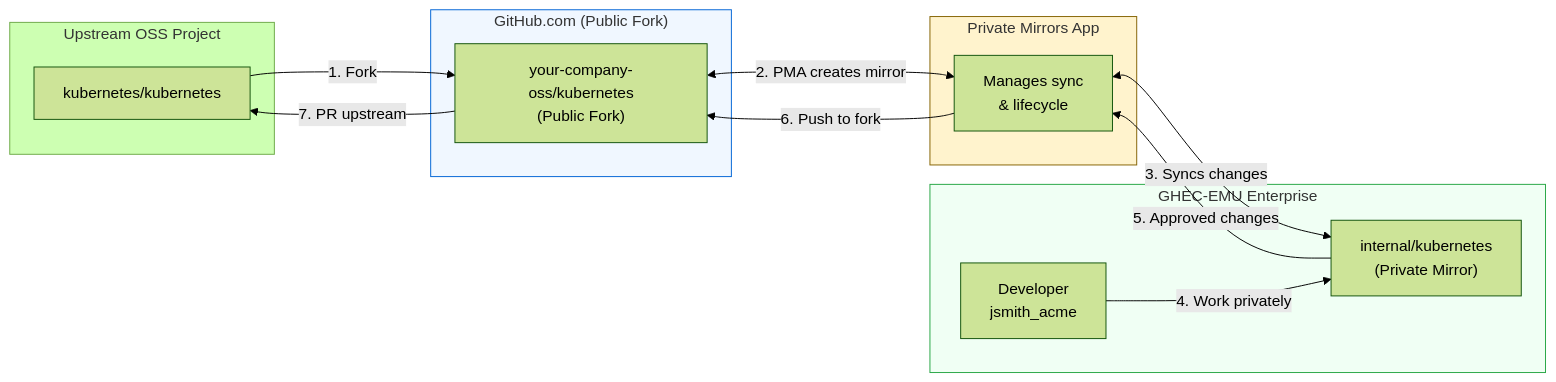
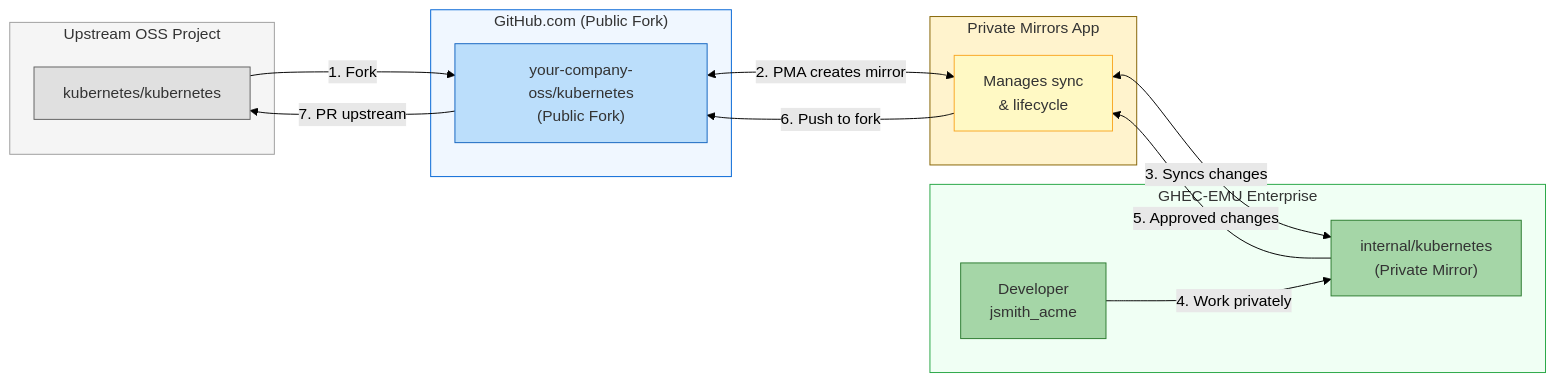
Diagram 11 of 11 in _posts/2026-01-14-migrating-to-github-enterprise-managed-users.md (jmassardo/jmassardo.github.io), drawn with Mermaid (forest theme) before and after one commit. The commit also changed other lines of this file and 12 other files, not shown here.

````diff
--- a/_posts/2026-01-14-migrating-to-github-enterprise-managed-users.md
+++ b/_posts/2026-01-14-migrating-to-github-enterprise-managed-users.md
@@ -2143,31 +2203,37 @@
 ```mermaid
 flowchart LR
     subgraph Upstream["Upstream OSS Project"]
         OSS["kubernetes/kubernetes"]
     end
     
     subgraph Public["GitHub.com (Public Fork)"]
         FORK["your-company-oss/kubernetes<br/>(Public Fork)"]
     end
     
     subgraph EMU["GHEC-EMU Enterprise"]
         MIRROR["internal/kubernetes<br/>(Private Mirror)"]
         DEV["Developer<br/>jsmith_acme"]
     end
     
     subgraph PMA["Private Mirrors App"]
         APP["Manages sync<br/>& lifecycle"]
     end
     
     OSS -->|"1. Fork"| FORK
     FORK <-->|"2. PMA creates mirror"| APP
     APP <-->|"3. Syncs changes"| MIRROR
     DEV -->|"4. Work privately"| MIRROR
     MIRROR -->|"5. Approved changes"| APP
     APP -->|"6. Push to fork"| FORK
     FORK -->|"7. PR upstream"| OSS
     
-    style EMU fill:#f0fff4,stroke:#28a745
-    style Public fill:#f0f7ff,stroke:#0366d6
-    style PMA fill:#fff3cd,stroke:#856404
+    style EMU fill:#f0fff4,stroke:#28a745,color:#333
+    style Public fill:#f0f7ff,stroke:#0366d6,color:#333
+    style PMA fill:#fff3cd,stroke:#856404,color:#333
+    style Upstream fill:#f5f5f5,stroke:#9e9e9e,color:#333
+    style OSS fill:#e0e0e0,stroke:#616161,color:#333
+    style FORK fill:#bbdefb,stroke:#1565c0,color:#333
+    style MIRROR fill:#a5d6a7,stroke:#2e7d32,color:#333
+    style DEV fill:#a5d6a7,stroke:#2e7d32,color:#333
+    style APP fill:#fff9c4,stroke:#f9a825,color:#333
 ```
````
